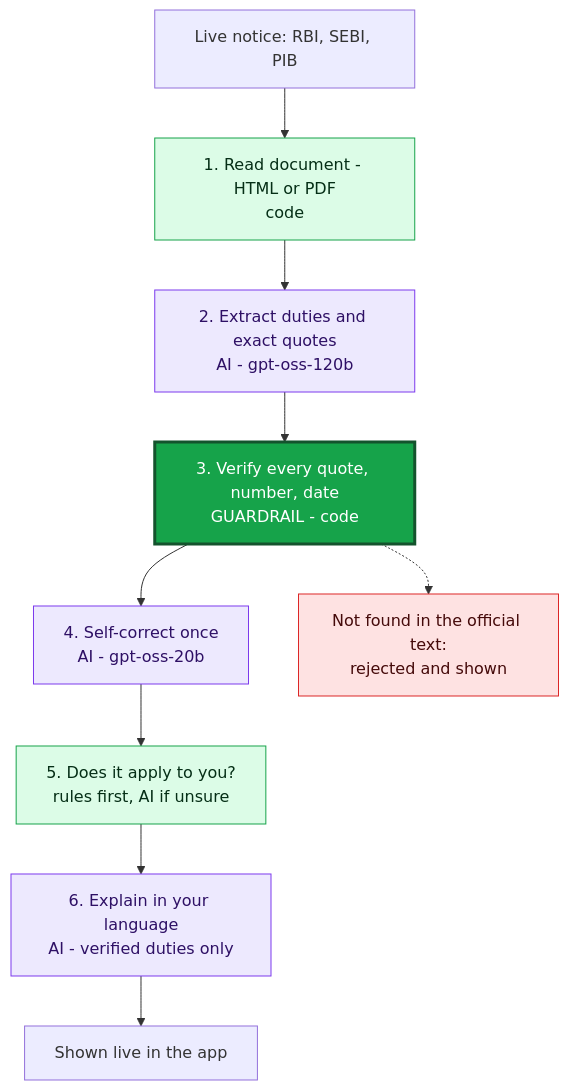
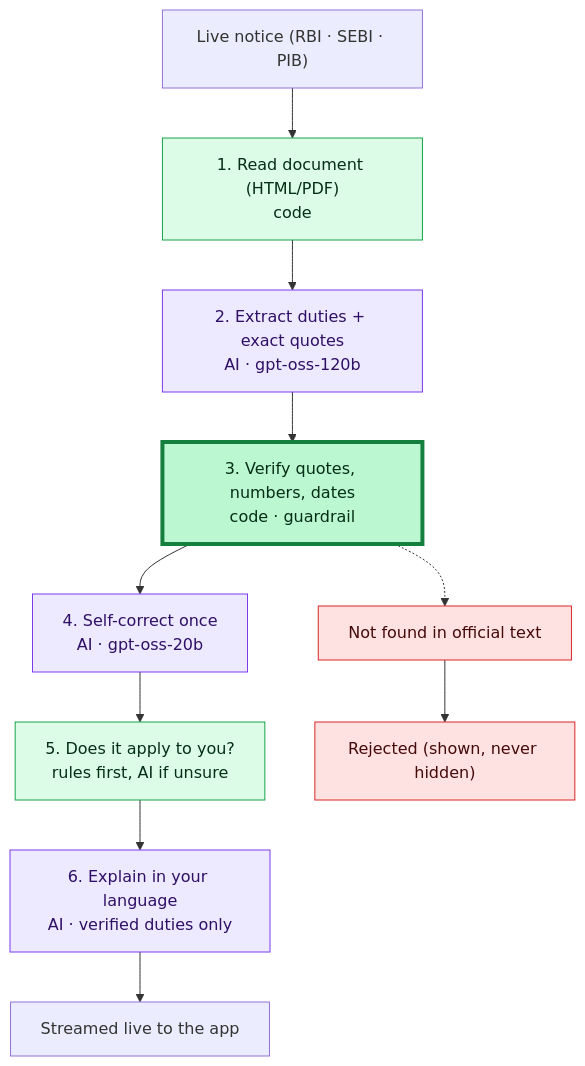
The second of 3 diagrams in README.md (akshaykumarkorepu/pramaan), drawn with Mermaid before and after one commit. The commit also changed other lines of this file and 10 other files, not shown here.

Commit message:
docs: final README with diagrams and demo GIFs

````diff
--- a/README.md
+++ b/README.md
@@ -40,20 +81,21 @@
 ```mermaid
-flowchart TB
-    N["Live notice: RBI, SEBI, PIB"] --> S1["1. Read document - HTML or PDF<br/>code"]
-    S1 --> S2["2. Extract duties and exact quotes<br/>AI - gpt-oss-120b"]
-    S2 --> S3["3. Verify every quote, number, date<br/>GUARDRAIL - code"]
-    S3 --> S4["4. Self-correct once<br/>AI - gpt-oss-20b"]
+flowchart TD
+    N["Live notice (RBI · SEBI · PIB)"] --> S1["1. Read document (HTML/PDF)<br/>code"]
+    S1 --> S2["2. Extract duties + exact quotes<br/>AI · gpt-oss-120b"]
+    S2 --> S3["3. Verify quotes, numbers, dates<br/>code · guardrail"]
+    S3 --> S4["4. Self-correct once<br/>AI · gpt-oss-20b"]
     S4 --> S5["5. Does it apply to you?<br/>rules first, AI if unsure"]
-    S5 --> S6["6. Explain in your language<br/>AI - verified duties only"]
-    S6 --> OUT["Shown live in the app"]
-    S3 -.-> R["Not found in the official text:<br/>rejected and shown"]
+    S5 --> S6["6. Explain in your language<br/>AI · verified duties only"]
+    S6 --> OUT["Streamed live to the app"]
+    S3 -.-> X["Not found in official text"]
+    X --> R["Rejected (shown, never hidden)"]
 
     classDef ai fill:#ede9fe,stroke:#7c3aed,color:#2e1065;
     classDef code fill:#dcfce7,stroke:#16a34a,color:#052e16;
-    classDef guard fill:#16a34a,stroke:#14532d,color:#ffffff,stroke-width:3px;
-    classDef note fill:#fee2e2,stroke:#dc2626,color:#450a0a;
+    classDef guard fill:#bbf7d0,stroke:#15803d,stroke-width:4px,color:#052e16;
+    classDef bad fill:#fee2e2,stroke:#dc2626,color:#450a0a;
     class S2,S4,S6 ai;
     class S1,S5 code;
     class S3 guard;
-    class R note;
+    class X,R bad;
 ```
````
